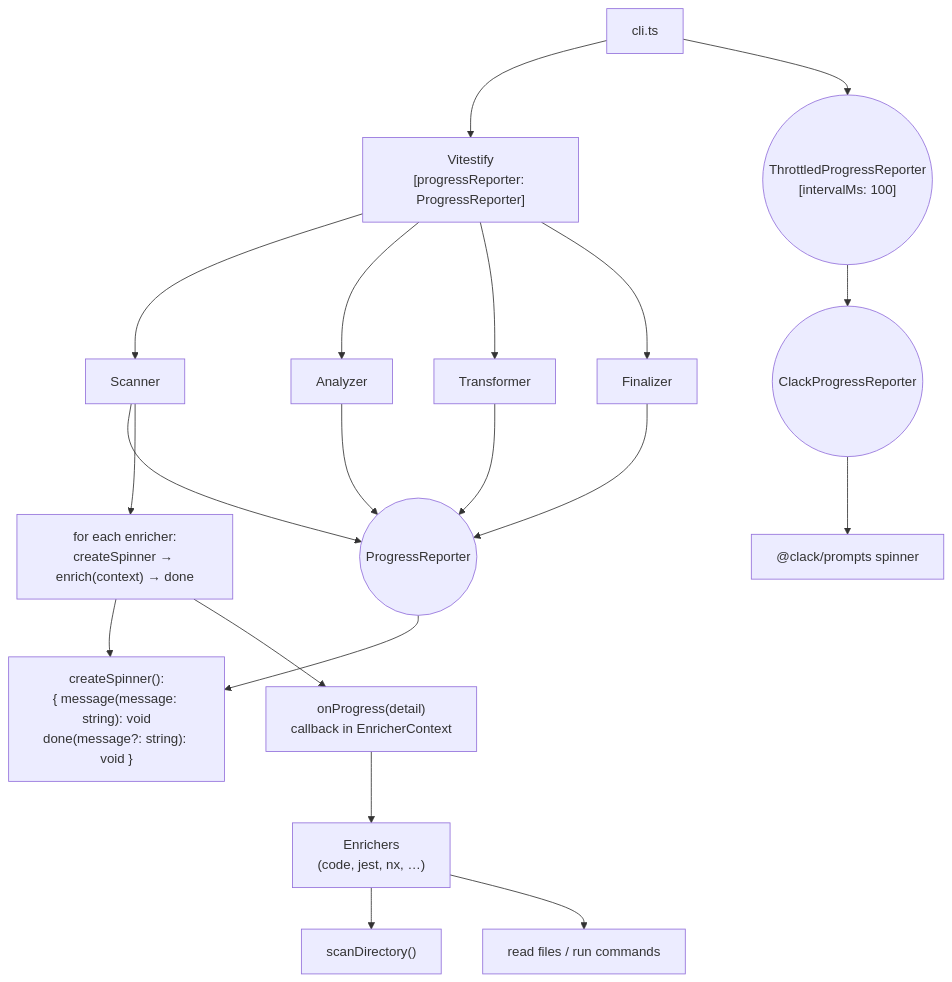
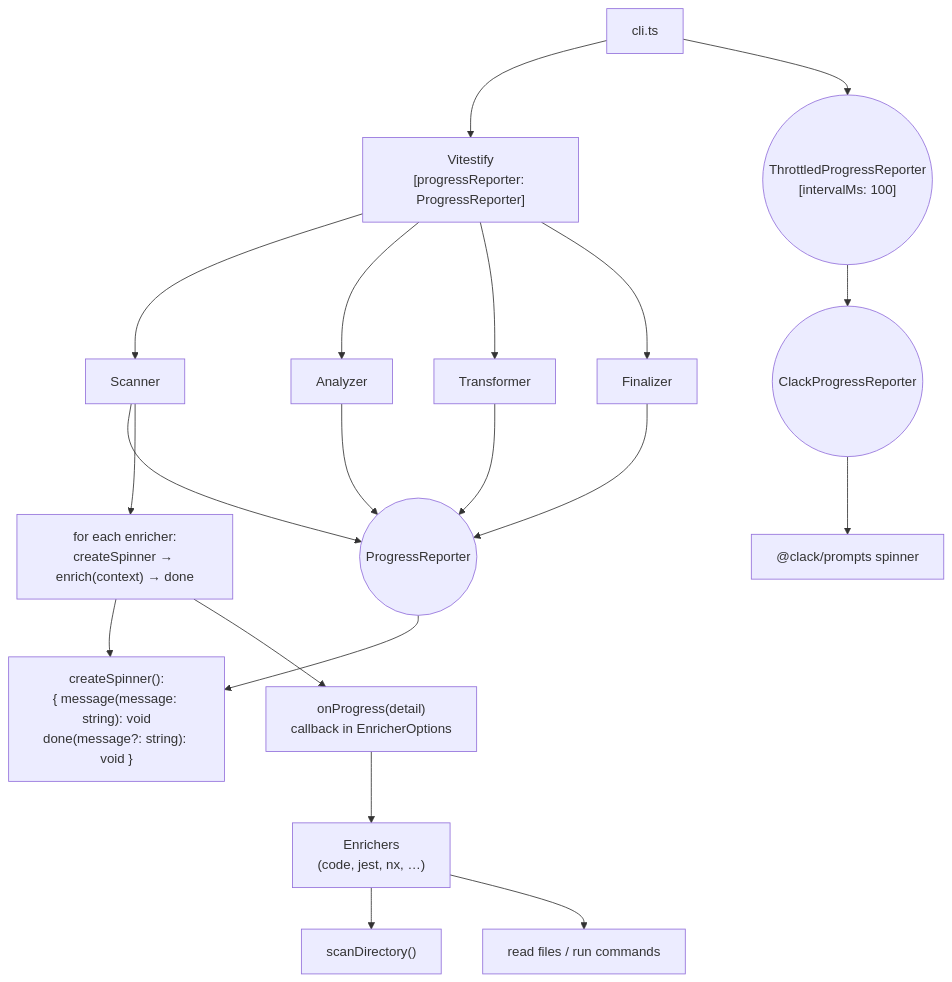
Before and after one commit to testmex/testmex: the first of 2 diagrams in design-docs/002-cli-progress-reporting.md, drawn with Mermaid. The commit also changed other lines of this file and 16 other files, not shown here.

First line of the commit message:
feat: ✨ scaffold PR#3 enricher options and scan progress

````diff
--- a/design-docs/002-cli-progress-reporting.md
+++ b/design-docs/002-cli-progress-reporting.md
@@ -109,26 +113,26 @@
 ```mermaid
 flowchart TD
   cli["cli.ts"] --> vitestify["Vitestify<br>[progressReporter: ProgressReporter]"]
   vitestify --> scanner["Scanner"]
   vitestify --> analyzer["Analyzer"]
   vitestify --> transformer["Transformer"]
   vitestify --> finalizer["Finalizer"]
 
   cli --> throttledReporter(("ThrottledProgressReporter<br>[intervalMs: 100]"))
   throttledReporter --> clackReporter(("ClackProgressReporter"))
   clackReporter --> clackSpinner["@clack/prompts spinner"]
 
   scanner --> reporterPort(("ProgressReporter"))
   analyzer --> reporterPort
   transformer --> reporterPort
   finalizer --> reporterPort
 
   reporterPort --> createSpinner["createSpinner():<br>{ message(message: string): void<br>done(message?: string): void }"]
 
   scanner --> enrichLoop["for each enricher:<br>createSpinner → enrich(context) → done"]
   enrichLoop --> createSpinner
-  enrichLoop --> onProgress["onProgress(detail)<br>callback in EnricherContext"]
+  enrichLoop --> onProgress["onProgress(detail)<br>callback in EnricherOptions"]
   onProgress --> enrichers["Enrichers<br>(code, jest, nx, …)"]
   enrichers --> scanDir["scanDirectory()"]
   enrichers --> otherWork["read files / run commands"]
 ```
````
